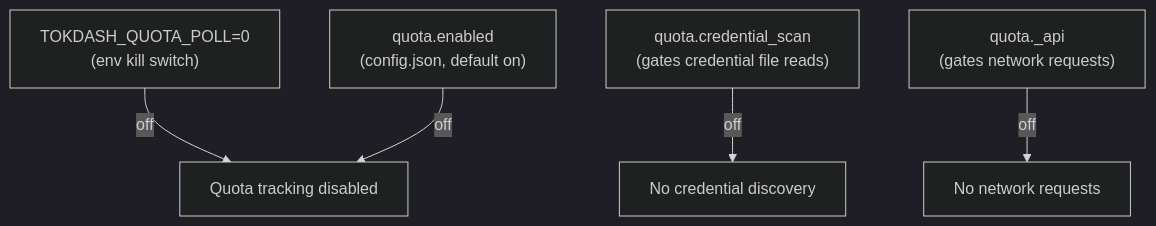
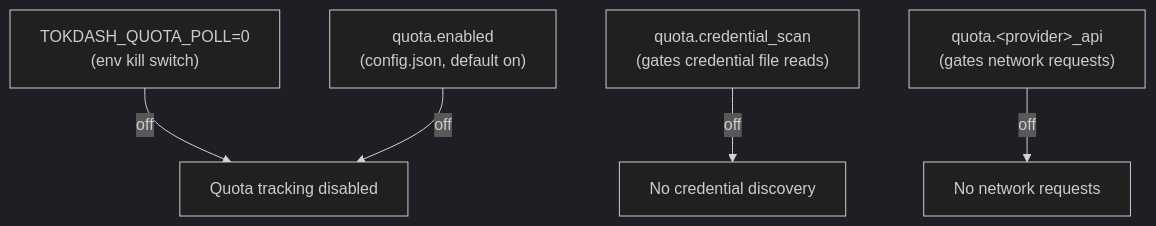
One commit to Dhruv1401/better-tokdash changed the third of 3 diagrams in docs/development/technical-notes/QUOTA_ARCHITECTURE.md. Above: the diagram before and after it, drawn with Mermaid (dark theme).

Commit message:
fix: escape angle brackets in quota consent diagram label

````diff
--- a/docs/development/technical-notes/QUOTA_ARCHITECTURE.md
+++ b/docs/development/technical-notes/QUOTA_ARCHITECTURE.md
@@ -110,12 +110,12 @@
 ```mermaid
 flowchart TB
     Kill["TOKDASH_QUOTA_POLL=0<br/>(env kill switch)"]
     Master["quota.enabled<br/>(config.json, default on)"]
     CredScan["quota.credential_scan<br/>(gates credential file reads)"]
-    Provider["quota.<provider>_api<br/>(gates network requests)"]
+    Provider["quota.&lt;provider&gt;_api<br/>(gates network requests)"]
 
     Kill -->|"off"| Disabled["Quota tracking disabled"]
     Master -->|"off"| Disabled
     CredScan -->|"off"| NoCreds["No credential discovery"]
     Provider -->|"off"| NoNetwork["No network requests"]
 ```
````
